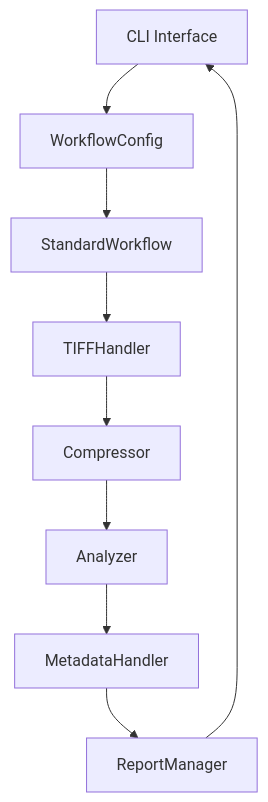
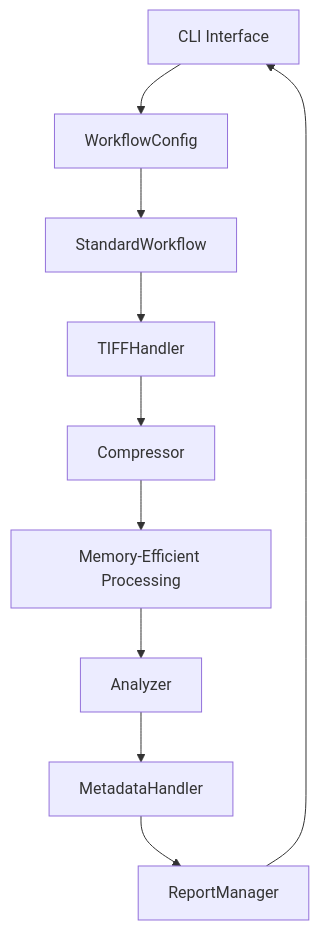
Before and after one commit to xy-liao/jp2forge: the first of 2 diagrams in docs/workflows.md, drawn with Mermaid. The commit also changed other lines of this file and 3 other files, not shown here.

Commit message:
workflow diagram updates

````diff
--- a/docs/workflows.md
+++ b/docs/workflows.md
@@ -22,11 +22,12 @@
 ```mermaid
 flowchart TD
     CLI["CLI Interface"] --> WorkflowConfig
     WorkflowConfig --> StandardWorkflow
     StandardWorkflow --> TIFFHandler
     TIFFHandler --> Compressor
-    Compressor --> Analyzer
+    Compressor --> MemoryHandler["Memory-Efficient Processing"]
+    MemoryHandler --> Analyzer
     Analyzer --> MetadataHandler
     MetadataHandler --> ReportManager
     ReportManager --> CLI
 ```
````
